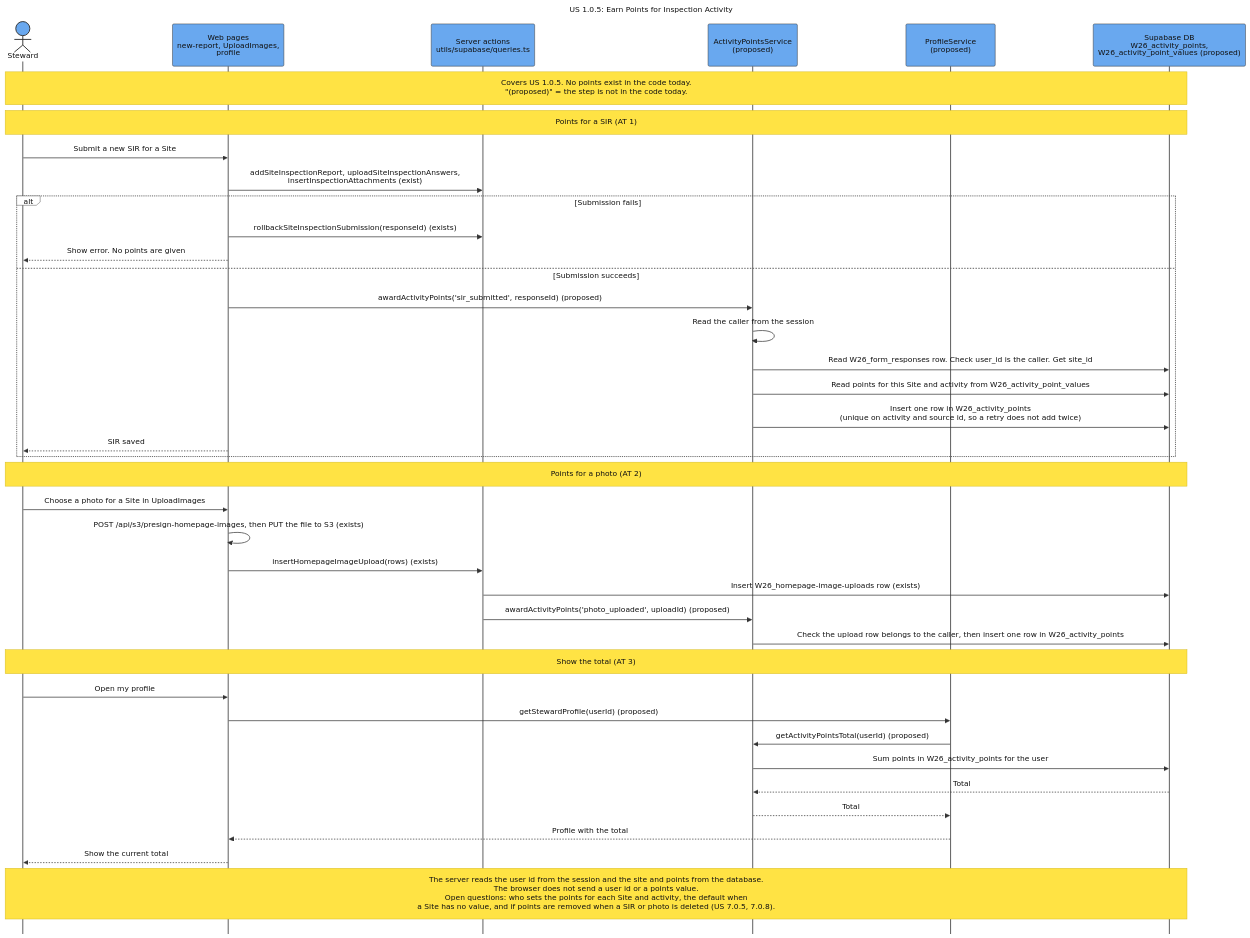
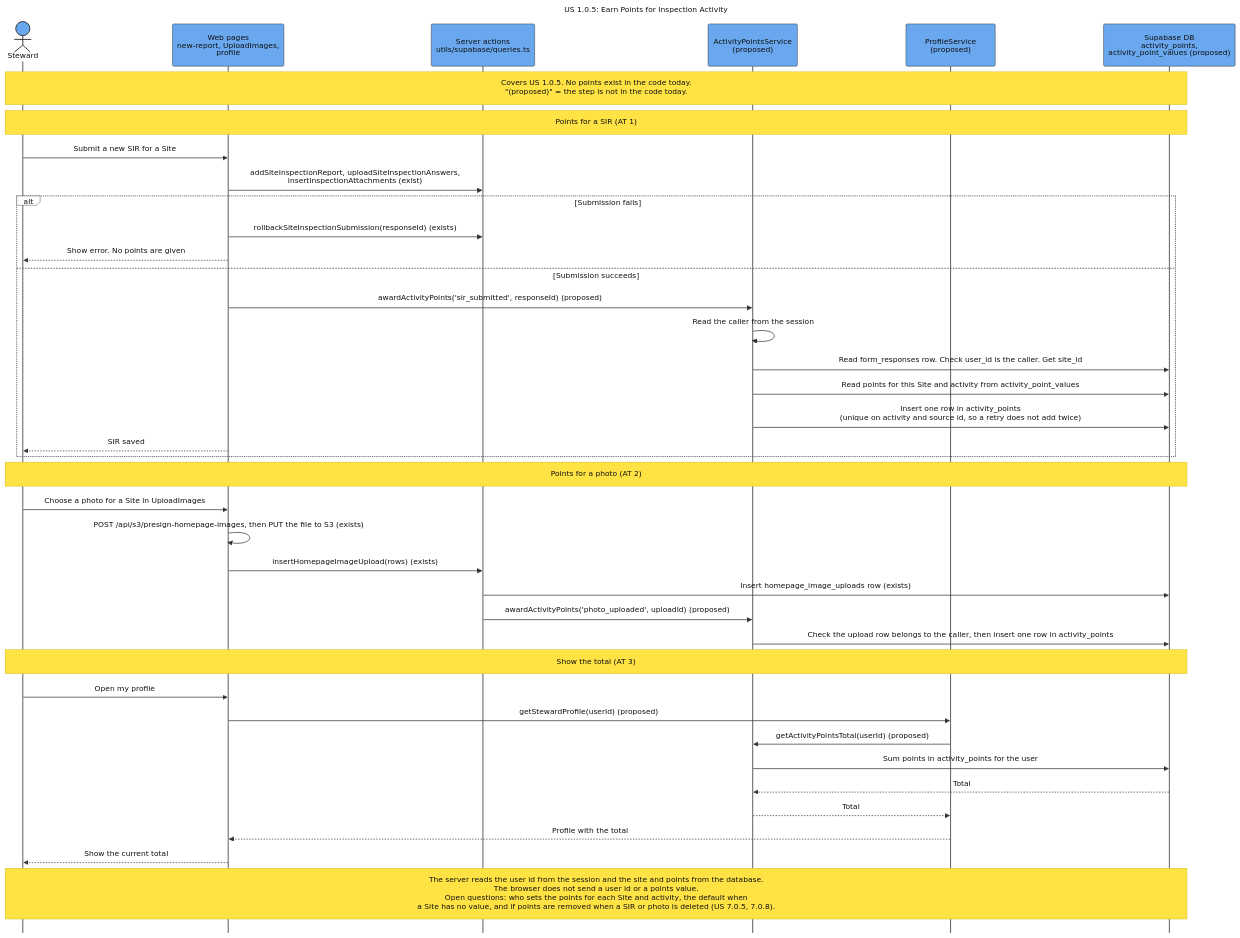
The diagram in docs/assets/Sequence_US_1_0_5_Activity_Points.mmd (SAPAA-Dev/W26Project-SAPAA-Dev-Team), drawn with Mermaid before and after one commit. The commit also changed 88 other files, not shown here.

```diff
--- a/docs/assets/Sequence_US_1_0_5_Activity_Points.mmd
+++ b/docs/assets/Sequence_US_1_0_5_Activity_Points.mmd
@@ -1,86 +1,86 @@
 ---
 title: "US 1.0.5: Earn Points for Inspection Activity"
 config:
   theme: base
   sequence:
     actorMargin: 75
     boxMargin: 12
     diagramMarginX: 45
     diagramMarginY: 30
     messageMargin: 40
     noteMargin: 16
     mirrorActors: false
     width: 190
     height: 90
   themeVariables:
     background: "#ffffff"
     primaryColor: "#69a8ef"
     primaryBorderColor: "#333333"
     primaryTextColor: "#111111"
     actorBkg: "#69a8ef"
     actorBorder: "#333333"
     actorTextColor: "#111111"
     actorLineColor: "#555555"
     signalColor: "#333333"
     signalTextColor: "#111111"
     activationBkgColor: "#cdd3db"
     activationBorderColor: "#cdd3db"
     noteBkgColor: "#ffe344"
     noteBorderColor: "#d4ba24"
     noteTextColor: "#111111"
     labelBoxBkgColor: "#ffffff"
     labelBoxBorderColor: "#555555"
     labelTextColor: "#111111"
     loopTextColor: "#111111"
     altBackground: "#ffffff"
   themeCSS: |
     .actor-line {
       stroke-dasharray: 10 10 !important;
       stroke-width: 1.25px !important;
     }
 ---
 sequenceDiagram
     autonumber off
     actor Steward
     participant Page as Web pages<br/>new-report, UploadImages,<br/>profile
     participant Server as Server actions<br/>utils/supabase/queries.ts
     participant Points as ActivityPointsService<br/>(proposed)
     participant Profile as ProfileService<br/>(proposed)
-    participant DB as Supabase DB<br/>W26_activity_points,<br/>W26_activity_point_values (proposed)
+    participant DB as Supabase DB<br/>activity_points,<br/>activity_point_values (proposed)
 
     Note over Steward,DB: Covers US 1.0.5. No points exist in the code today.<br/>"(proposed)" = the step is not in the code today.
 
     Note over Steward,DB: Points for a SIR (AT 1)
     Steward->>Page: Submit a new SIR for a Site
     Page->>Server: addSiteInspectionReport, uploadSiteInspectionAnswers,<br/>insertInspectionAttachments (exist)
     alt Submission fails
         Page->>Server: rollbackSiteInspectionSubmission(responseId) (exists)
         Page-->>Steward: Show error. No points are given
     else Submission succeeds
         Page->>Points: awardActivityPoints('sir_submitted', responseId) (proposed)
         Points->>Points: Read the caller from the session
-        Points->>DB: Read W26_form_responses row. Check user_id is the caller. Get site_id
-        Points->>DB: Read points for this Site and activity from W26_activity_point_values
-        Points->>DB: Insert one row in W26_activity_points<br/>(unique on activity and source id, so a retry does not add twice)
+        Points->>DB: Read form_responses row. Check user_id is the caller. Get site_id
+        Points->>DB: Read points for this Site and activity from activity_point_values
+        Points->>DB: Insert one row in activity_points<br/>(unique on activity and source id, so a retry does not add twice)
         Page-->>Steward: SIR saved
     end
 
     Note over Steward,DB: Points for a photo (AT 2)
     Steward->>Page: Choose a photo for a Site in UploadImages
     Page->>Page: POST /api/s3/presign-homepage-images, then PUT the file to S3 (exists)
     Page->>Server: insertHomepageImageUpload(rows) (exists)
-    Server->>DB: Insert W26_homepage-image-uploads row (exists)
+    Server->>DB: Insert homepage_image_uploads row (exists)
     Server->>Points: awardActivityPoints('photo_uploaded', uploadId) (proposed)
-    Points->>DB: Check the upload row belongs to the caller, then insert one row in W26_activity_points
+    Points->>DB: Check the upload row belongs to the caller, then insert one row in activity_points
 
     Note over Steward,DB: Show the total (AT 3)
     Steward->>Page: Open my profile
     Page->>Profile: getStewardProfile(userId) (proposed)
     Profile->>Points: getActivityPointsTotal(userId) (proposed)
-    Points->>DB: Sum points in W26_activity_points for the user
+    Points->>DB: Sum points in activity_points for the user
     DB-->>Points: Total
     Points-->>Profile: Total
     Profile-->>Page: Profile with the total
     Page-->>Steward: Show the current total
 
     Note over Steward,DB: The server reads the user id from the session and the site and points from the database.<br/>The browser does not send a user id or a points value.<br/>Open questions: who sets the points for each Site and activity, the default when<br/>a Site has no value, and if points are removed when a SIR or photo is deleted (US 7.0.5, 7.0.8).
```
